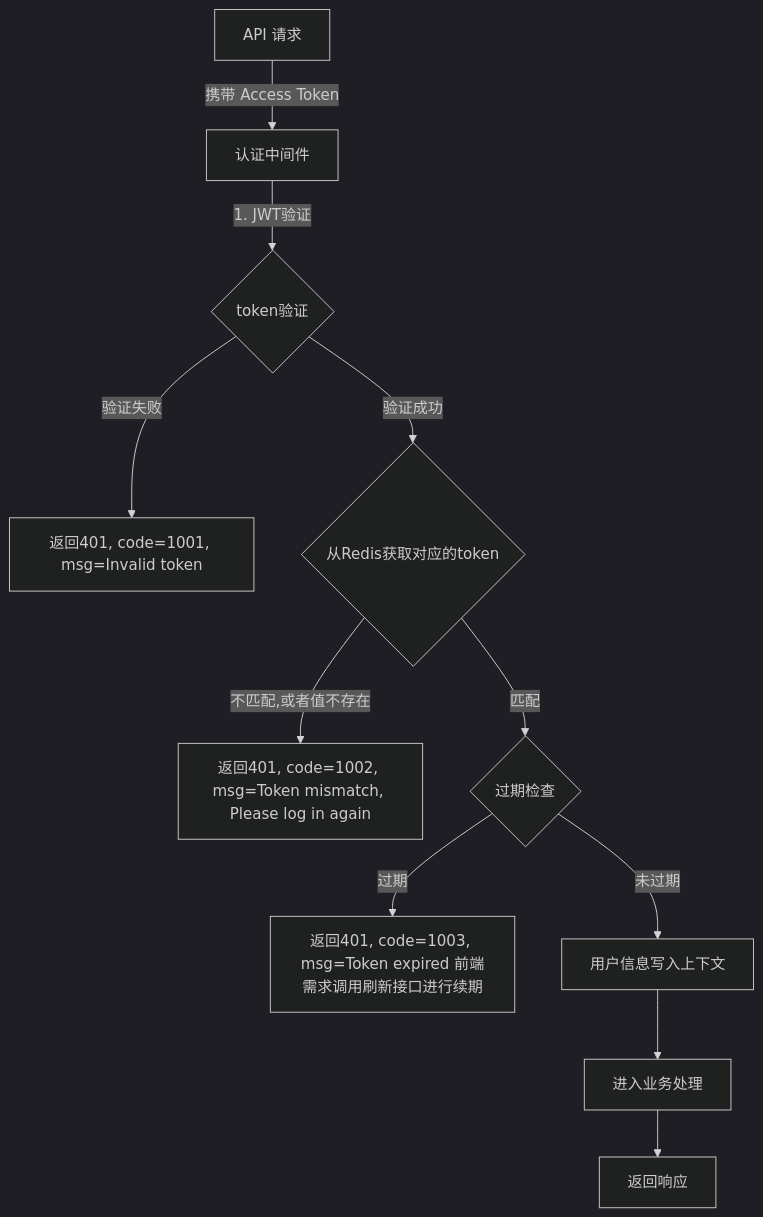
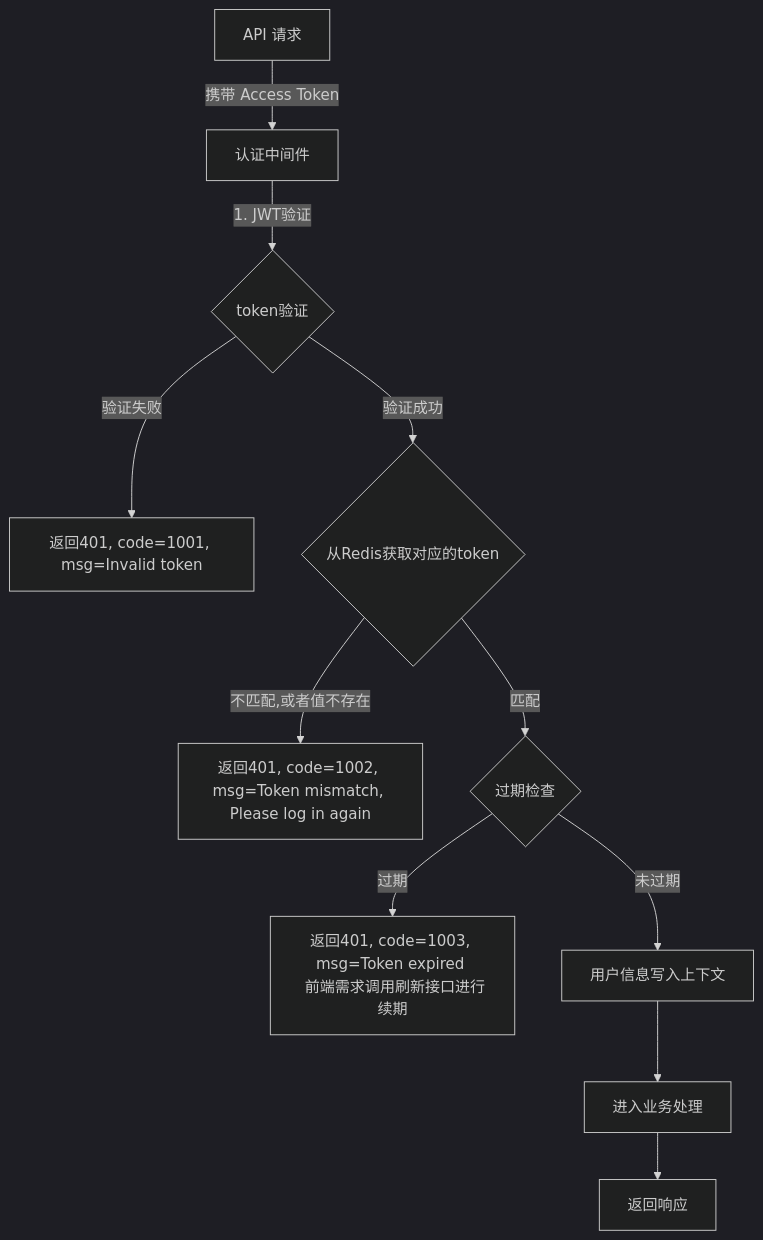
Before and after one commit to yingjianzh/iodraw-files: the diagram in all/未命名-16.md, drawn with Mermaid (dark theme).

Commit message:
2025-01-08 14:59:07 update

````diff
--- a/all/未命名-16.md
+++ b/all/未命名-16.md
@@ -1,17 +1,17 @@
 ```mermaid
 
 flowchart TD
     A[API 请求] -->|携带 Access Token| B[认证中间件]
     B -->|1. JWT验证| C{token验证}
     C -->|验证失败| D[返回401, code=1001, msg=Invalid token]
     C -->|验证成功| I{从Redis获取对应的token}
     
     I -->|不匹配,或者值不存在| J[返回401, code=1002, msg=Token mismatch, Please log in again]
     I -->|匹配| F{过期检查}
     
-    F -->|过期| E[返回401, code=1003, msg=Token expired 前端需求调用刷新接口进行续期]
+    F -->|过期| E[返回401, code=1003, msg=Token expired \n 前端需求调用刷新接口进行续期]
     F -->|未过期| K[用户信息写入上下文]
     K --> L[进入业务处理]
     L --> N[返回响应]
 
 ```
````
